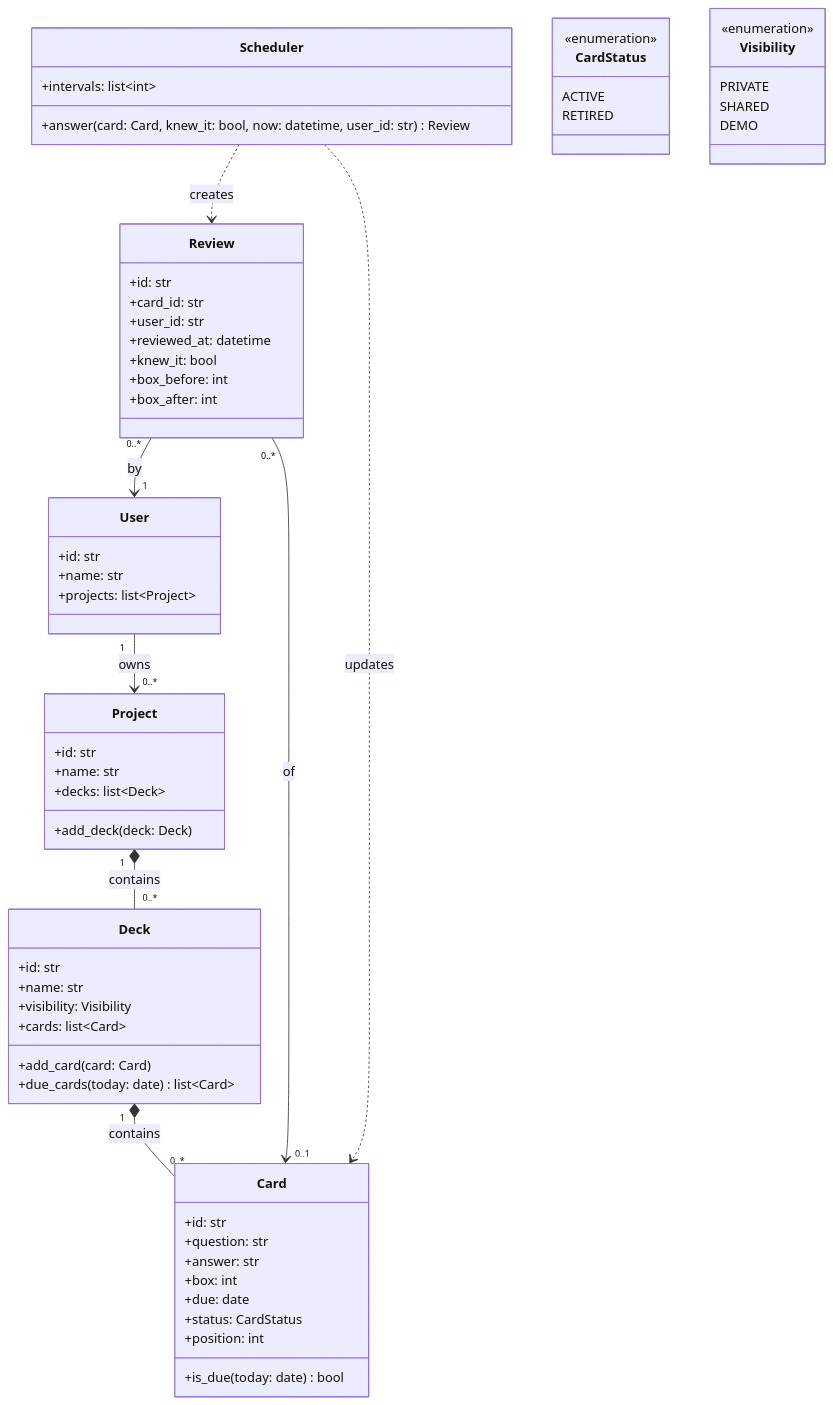
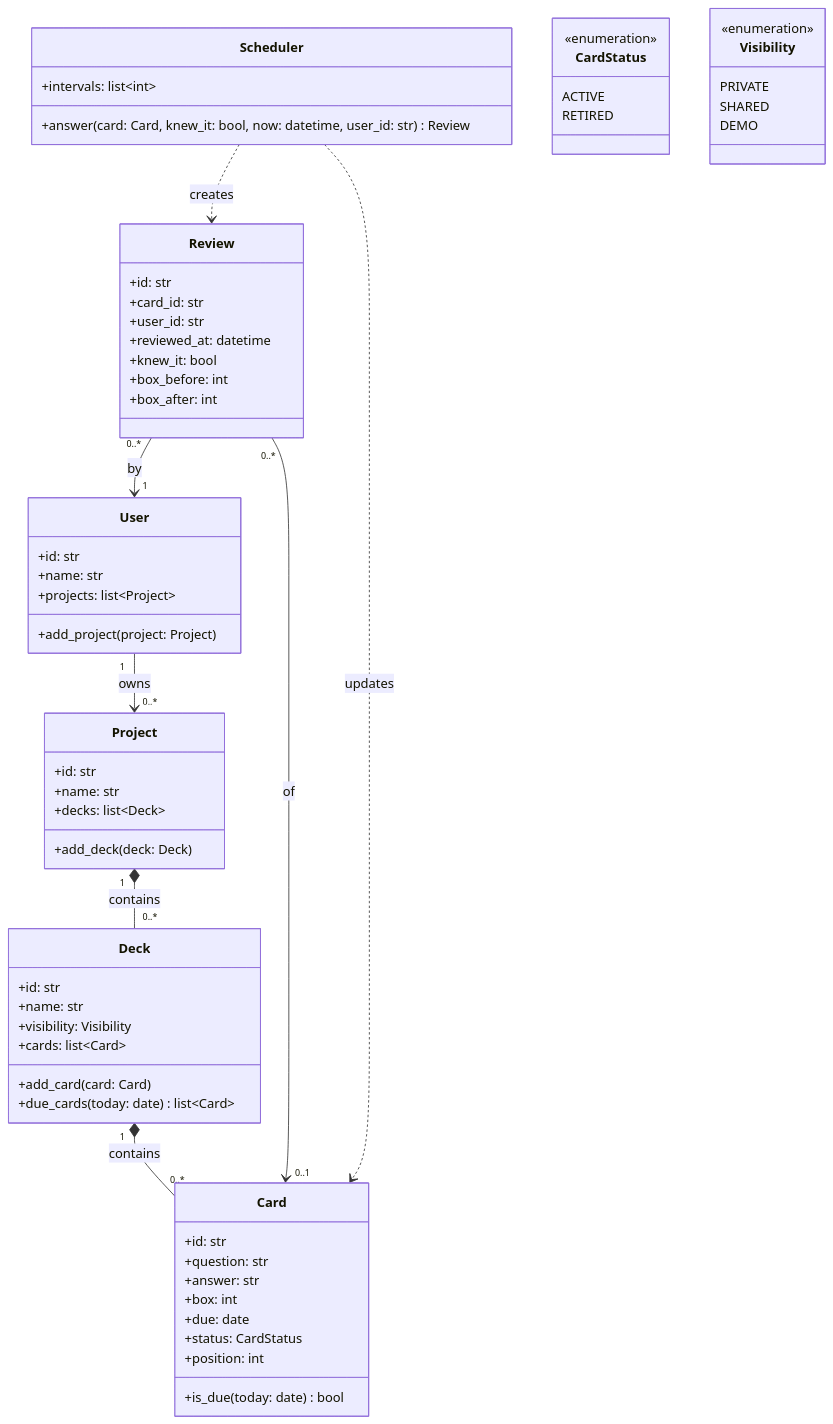
Before and after one commit to OleksandraZ/leitbox: the diagram in docs/diagrams/04-class-diagram.md, drawn with Mermaid. The commit also changed other lines of this file and 13 other files, not shown here.

````diff
--- a/docs/diagrams/04-class-diagram.md
+++ b/docs/diagrams/04-class-diagram.md
@@ -8,64 +8,65 @@
 ```mermaid
 classDiagram
     class User {
         +id: str
         +name: str
         +projects: list~Project~
+        +add_project(project: Project)
     }
     class Project {
         +id: str
         +name: str
         +decks: list~Deck~
         +add_deck(deck: Deck)
     }
     class Deck {
         +id: str
         +name: str
         +visibility: Visibility
         +cards: list~Card~
         +add_card(card: Card)
         +due_cards(today: date) list~Card~
     }
     class Card {
         +id: str
         +question: str
         +answer: str
         +box: int
         +due: date
         +status: CardStatus
         +position: int
         +is_due(today: date) bool
     }
     class Review {
         +id: str
         +card_id: str
         +user_id: str
         +reviewed_at: datetime
         +knew_it: bool
         +box_before: int
         +box_after: int
     }
     class Scheduler {
         +intervals: list~int~
         +answer(card: Card, knew_it: bool, now: datetime, user_id: str) Review
     }
     class CardStatus {
         <<enumeration>>
         ACTIVE
         RETIRED
     }
     class Visibility {
         <<enumeration>>
         PRIVATE
         SHARED
         DEMO
     }
 
     User "1" --> "0..*" Project : owns
     Project "1" *-- "0..*" Deck : contains
     Deck "1" *-- "0..*" Card : contains
     Review "0..*" --> "0..1" Card : of
     Review "0..*" --> "1" User : by
     Scheduler ..> Card : updates
     Scheduler ..> Review : creates
 ```
````
